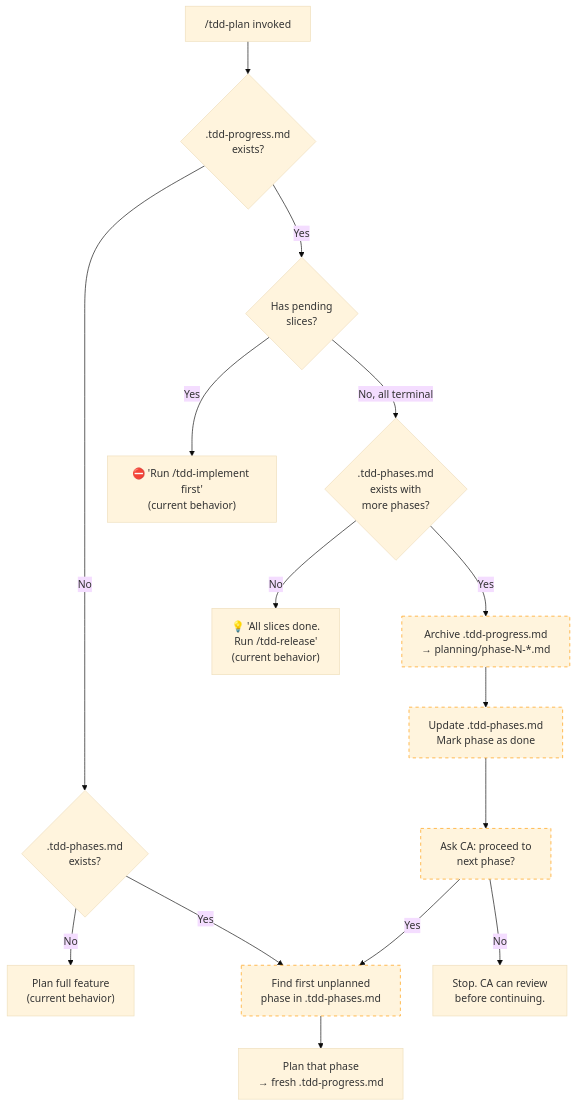
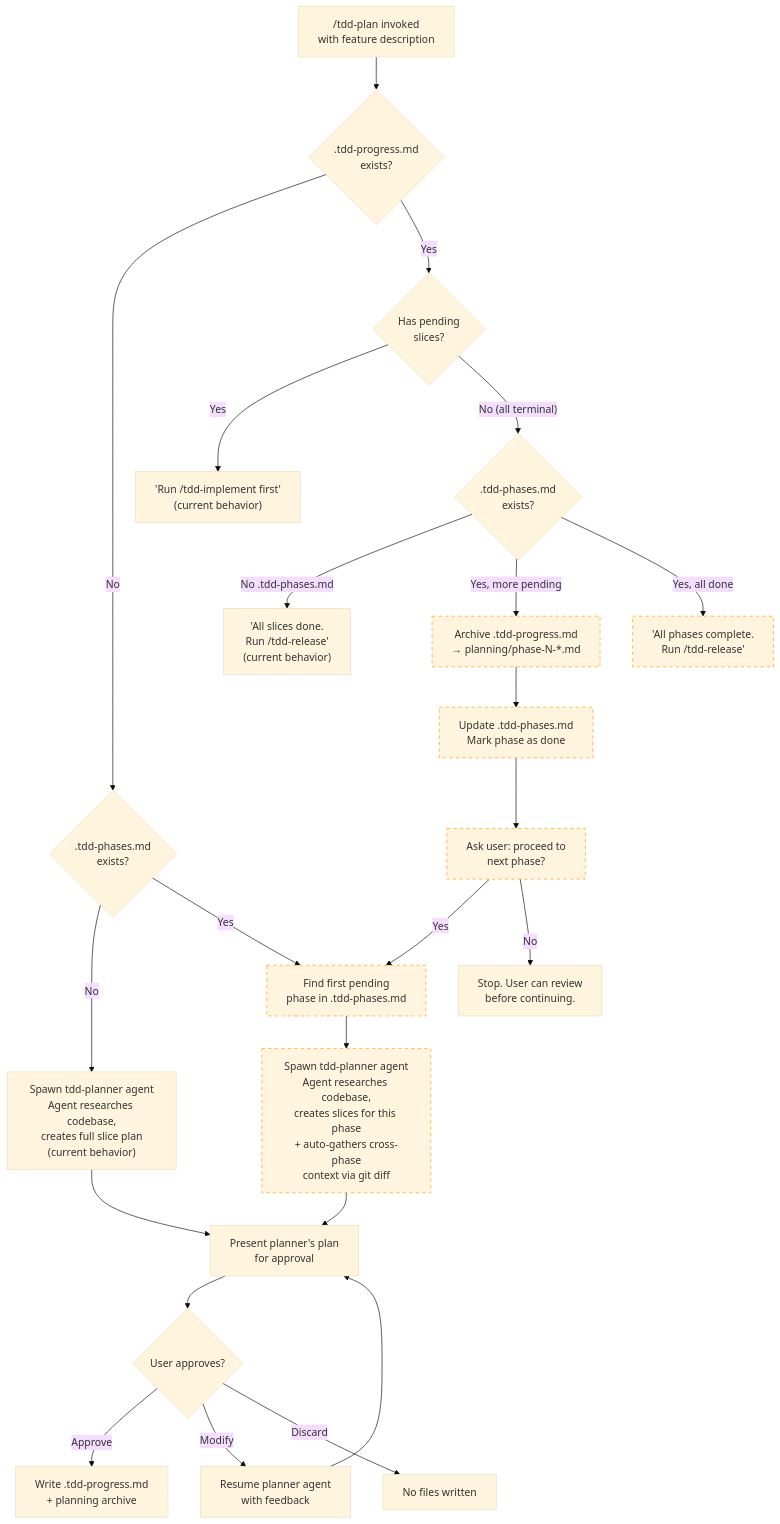
One commit to hugo-bluecorn/claude-code-tdd-workflow changed the fourth of 6 diagrams in explorations/role-to-agent-analysis/proposed-workflow-diagrams.md. Above: the diagram before and after it, drawn with Mermaid (base theme). The commit also changed other lines of this file, not shown here.

First line of the commit message:
docs: revise proposed workflow diagrams for accuracy

````diff
--- a/explorations/role-to-agent-analysis/proposed-workflow-diagrams.md
+++ b/explorations/role-to-agent-analysis/proposed-workflow-diagrams.md
@@ -145,25 +184,37 @@
 ```mermaid
 flowchart TD
-    START["/tdd-plan invoked"] --> CHECK_PROGRESS{.tdd-progress.md<br/>exists?}
+    START["/tdd-plan invoked<br/>with feature description"] --> CHECK_PROGRESS{.tdd-progress.md<br/>exists?}
 
     CHECK_PROGRESS -->|No| CHECK_PHASES_A{.tdd-phases.md<br/>exists?}
-    CHECK_PHASES_A -->|No| PLAN_FULL["Plan full feature<br/>(current behavior)"]
-    CHECK_PHASES_A -->|Yes| FIND_NEXT["Find first unplanned<br/>phase in .tdd-phases.md"]
-    FIND_NEXT --> PLAN_PHASE["Plan that phase<br/>→ fresh .tdd-progress.md"]
+    CHECK_PHASES_A -->|No| PLAN_FULL["Spawn tdd-planner agent<br/>Agent researches codebase,<br/>creates full slice plan<br/>(current behavior)"]
+    CHECK_PHASES_A -->|Yes| FIND_NEXT["Find first pending<br/>phase in .tdd-phases.md"]
+    FIND_NEXT --> PLAN_PHASE["Spawn tdd-planner agent<br/>Agent researches codebase,<br/>creates slices for this phase<br/>+ auto-gathers cross-phase<br/>context via git diff"]
 
     CHECK_PROGRESS -->|Yes| CHECK_PENDING{Has pending<br/>slices?}
-    CHECK_PENDING -->|Yes| BLOCK_IMPL["⛔ 'Run /tdd-implement first'<br/>(current behavior)"]
+    CHECK_PENDING -->|Yes| BLOCK["'Run /tdd-implement first'<br/>(current behavior)"]
 
-    CHECK_PENDING -->|No, all terminal| CHECK_PHASES_B{.tdd-phases.md<br/>exists with<br/>more phases?}
-    CHECK_PHASES_B -->|No| SUGGEST_RELEASE["💡 'All slices done.<br/>Run /tdd-release'<br/>(current behavior)"]
-    CHECK_PHASES_B -->|Yes| ARCHIVE["Archive .tdd-progress.md<br/>→ planning/phase-N-*.md"]
+    CHECK_PENDING -->|"No (all terminal)"| CHECK_PHASES_B{.tdd-phases.md<br/>exists?}
+    CHECK_PHASES_B -->|No .tdd-phases.md| SUGGEST_RELEASE["'All slices done.<br/>Run /tdd-release'<br/>(current behavior)"]
+    CHECK_PHASES_B -->|"Yes, more pending"| ARCHIVE["Archive .tdd-progress.md<br/>→ planning/phase-N-*.md"]
     ARCHIVE --> UPDATE_PHASES["Update .tdd-phases.md<br/>Mark phase as done"]
-    UPDATE_PHASES --> CONFIRM["Ask CA: proceed to<br/>next phase?"]
+    UPDATE_PHASES --> CONFIRM["Ask user: proceed to<br/>next phase?"]
     CONFIRM -->|Yes| FIND_NEXT
-    CONFIRM -->|No| STOP["Stop. CA can review<br/>before continuing."]
+    CONFIRM -->|No| STOP["Stop. User can review<br/>before continuing."]
+
+    CHECK_PHASES_B -->|"Yes, all done"| SUGGEST_RELEASE_ALL["'All phases complete.<br/>Run /tdd-release'"]
+
+    PLAN_FULL --> PRESENT["Present planner's plan<br/>for approval"]
+    PLAN_PHASE --> PRESENT
+    PRESENT --> APPROVAL{User approves?}
+    APPROVAL -->|Approve| WRITE["Write .tdd-progress.md<br/>+ planning archive"]
+    APPROVAL -->|Modify| RESUME["Resume planner agent<br/>with feedback"]
+    RESUME --> PRESENT
+    APPROVAL -->|Discard| DISCARD["No files written"]
 
     style ARCHIVE stroke-dasharray: 5 5,stroke:#f90
     style UPDATE_PHASES stroke-dasharray: 5 5,stroke:#f90
     style CONFIRM stroke-dasharray: 5 5,stroke:#f90
     style FIND_NEXT stroke-dasharray: 5 5,stroke:#f90
+    style SUGGEST_RELEASE_ALL stroke-dasharray: 5 5,stroke:#f90
+    style PLAN_PHASE stroke-dasharray: 5 5,stroke:#f90
 ```
````
